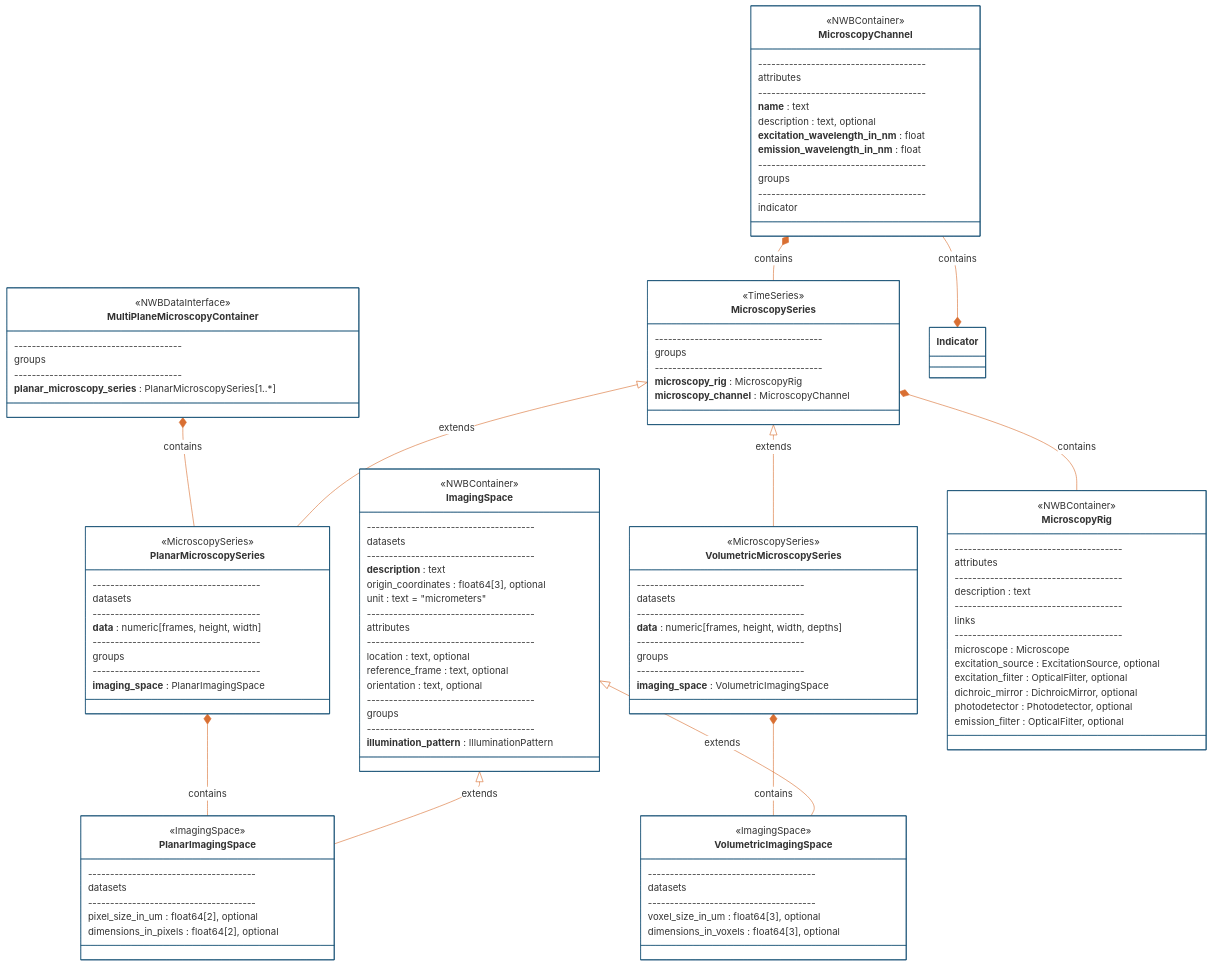
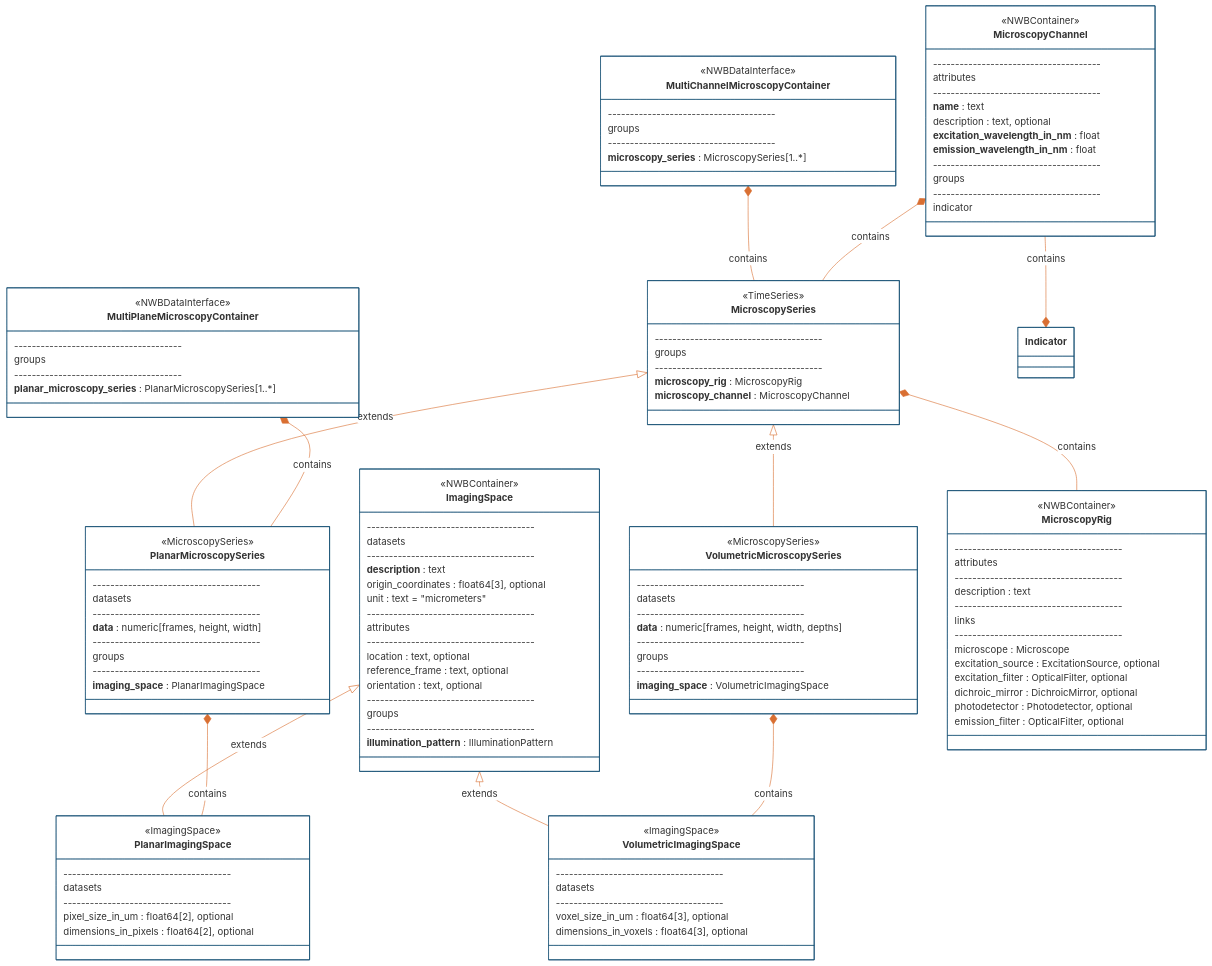
The third of 4 diagrams in README.md (catalystneuro/ndx-microscopy), drawn with Mermaid before and after one commit. The commit also changed other lines of this file and 10 other files, not shown here.

First line of the commit message:
Add MultiChannelMicroscopyContainer  (#63)

```diff
--- a/README.md
+++ b/README.md
@@ -328,6 +329,15 @@
         groups
         --------------------------------------
         **planar_microscopy_series** : PlanarMicroscopySeries[1..*]
+    }
+
+    
+    class MultiChannelMicroscopyContainer {
+        <<NWBDataInterface>>
+        --------------------------------------
+        groups
+        --------------------------------------
+        **microscopy_series** : MicroscopySeries[1..*]
     }
 
     class ImagingSpace {
@@ -393,6 +403,7 @@
     PlanarMicroscopySeries *-- PlanarImagingSpace : contains
     VolumetricMicroscopySeries *-- VolumetricImagingSpace : contains
     MultiPlaneMicroscopyContainer *-- PlanarMicroscopySeries : contains
+    MultiChannelMicroscopyContainer *-- MicroscopySeries : contains
     MicroscopySeries *-- MicroscopyRig : contains
     MicroscopyChannel *-- MicroscopySeries : contains    
     MicroscopyChannel --* Indicator : contains
```
